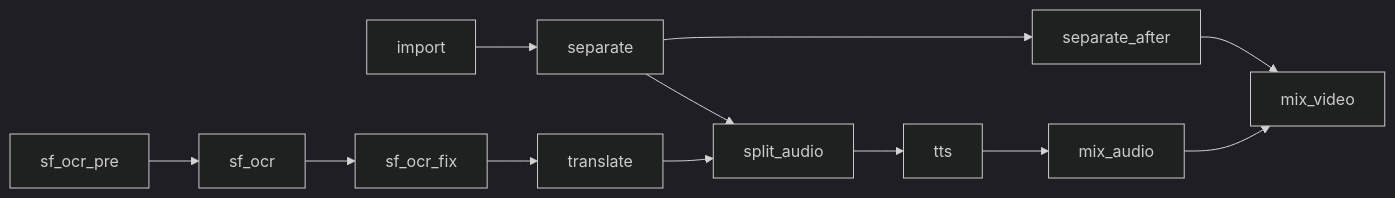
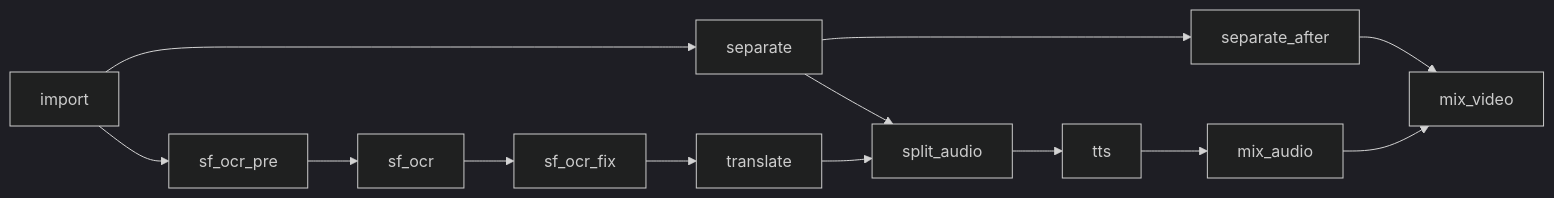
The diagram in docs/architecture.md (Nahida-aa/LocalDub), drawn with Mermaid (dark theme) before and after one commit. The commit also changed other lines of this file, not shown here.

Commit message:
docs(architecture): 补 import → sf_ocr_pre 边并说明 DAG 根节点

````diff
--- a/docs/architecture.md
+++ b/docs/architecture.md
@@ -10,10 +10,11 @@
 ```mermaid
 flowchart LR
     import[import] --> separate[separate]
+    import --> sf_ocr_pre[sf_ocr_pre]
     separate --> separate_after[separate_after]
     separate --> split_audio[split_audio]
-    sf_ocr_pre[sf_ocr_pre] --> sf_ocr[sf_ocr] --> sf_ocr_fix[sf_ocr_fix] --> translate[translate]
+    sf_ocr_pre --> sf_ocr[sf_ocr] --> sf_ocr_fix[sf_ocr_fix] --> translate[translate]
     translate --> split_audio
     split_audio --> tts[tts] --> mix_audio[mix_audio] --> mix_video[mix_video]
     separate_after --> mix_video
 ```
````
